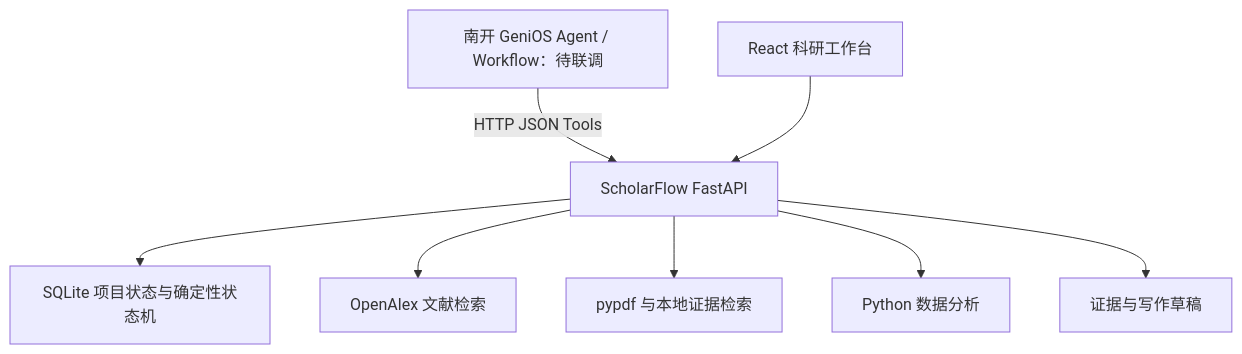
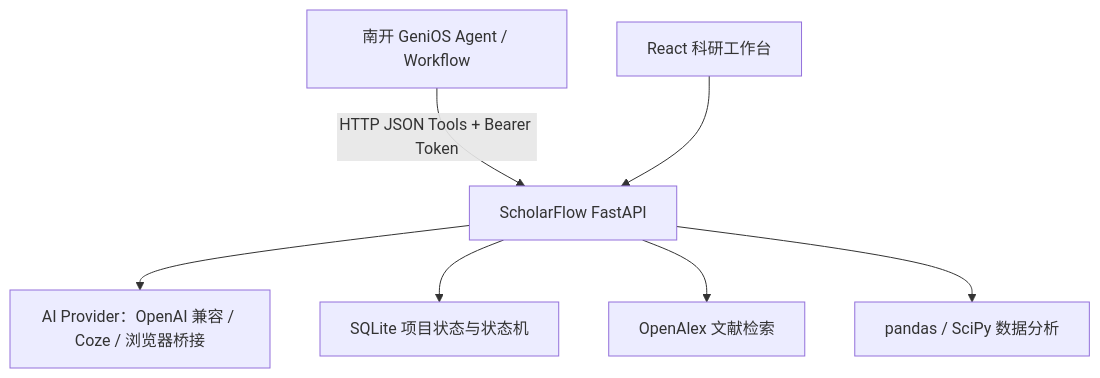
One commit to Baibai231/hauwei changed the diagram in README.md. Above: the diagram before and after it, drawn with Mermaid. The commit also changed other lines of this file and 13 other files, not shown here.

First line of the commit message:
feat: connect real AI providers and NK-GeniOS agent bridge

````diff
--- a/README.md
+++ b/README.md
@@ -107,10 +235,9 @@
 ```mermaid
 flowchart TD
-    G[南开 GeniOS Agent / Workflow：待联调] -->|HTTP JSON Tools| A[ScholarFlow FastAPI]
+    G[南开 GeniOS Agent / Workflow] -->|HTTP JSON Tools + Bearer Token| A[ScholarFlow FastAPI]
     U[React 科研工作台] --> A
-    A --> S[SQLite 项目状态与确定性状态机]
+    A --> P[AI Provider：OpenAI 兼容 / Coze / 浏览器桥接]
+    A --> S[SQLite 项目状态与状态机]
     A --> L[OpenAlex 文献检索]
-    A --> P[pypdf 与本地证据检索]
-    A --> D[Python 数据分析]
-    A --> W[证据与写作草稿]
+    A --> D[pandas / SciPy 数据分析]
 ```
````
